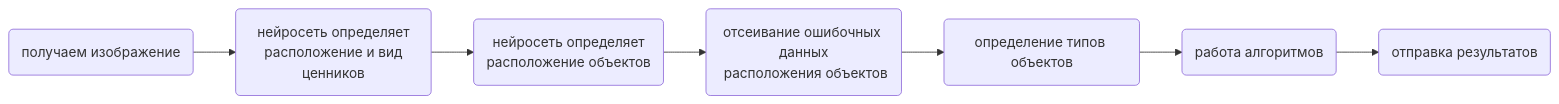
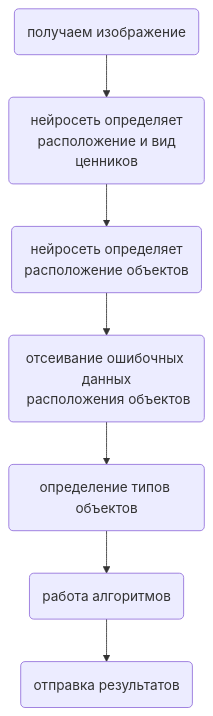
One commit to SenchaBrest/Digital_Shelf changed the diagram in README.md. Above: the diagram before and after it, drawn with Mermaid. The commit also changed other lines of this file, not shown here.

````diff
--- a/README.md
+++ b/README.md
@@ -36,9 +37,9 @@
 ```mermaid
-flowchart LR
+flowchart TB
   A(получаем изображение) --> B(нейросеть определяет\n расположение и вид ценников)
   B --> C(нейросеть определяет\n расположение объектов)
   C --> D(отсеивание ошибочных данных\n расположения объектов)
   D --> E(определение типов объектов)
   E --> F(работа алгоритмов)
   F --> G(отправка результатов)
 ```
````
